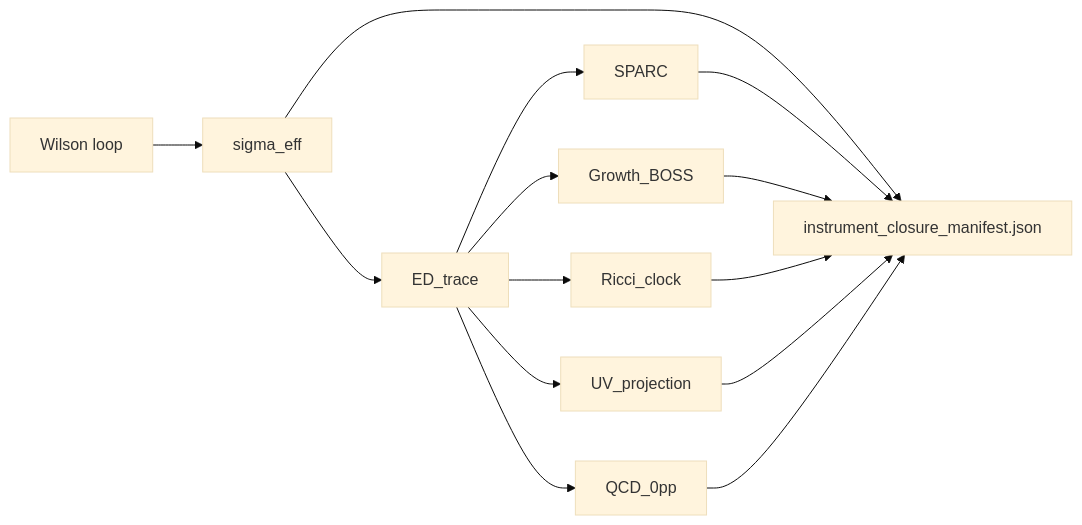
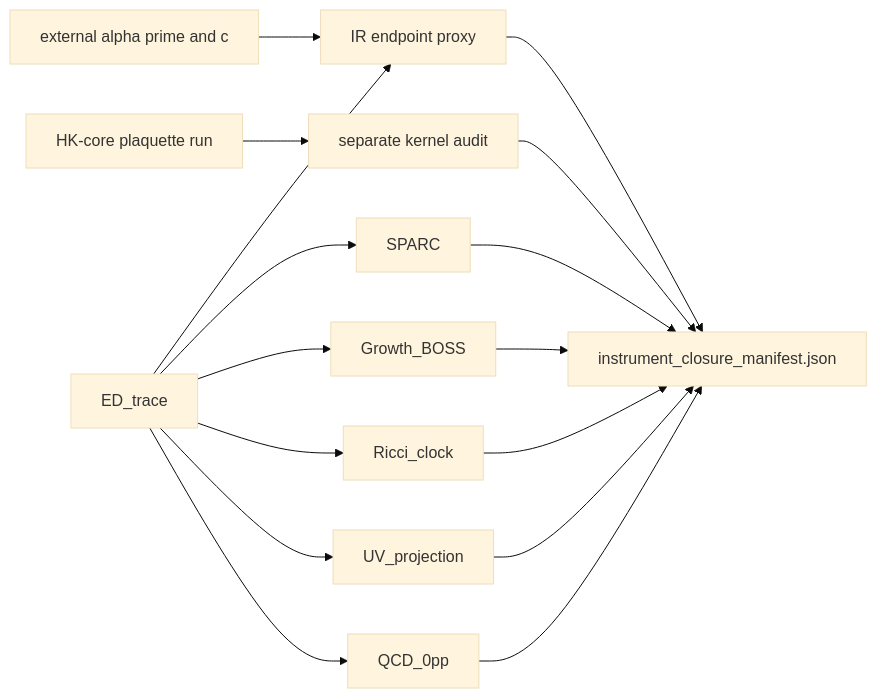
Before and after one commit to RAPIDENN/HOLO_runner: the diagram in instrument_closure/2026-01-04/README.md, drawn with Mermaid (base theme). The commit also changed other lines of this file and 104 other files, not shown here.

````diff
--- a/instrument_closure/2026-01-04/README.md
+++ b/instrument_closure/2026-01-04/README.md
@@ -9,28 +14,30 @@
 ```mermaid
 flowchart LR
-  WL["Wilson loop"] --> SIG["sigma_eff"]
-  SIG --> TR["ED_trace"]
+  TR["ED_trace"] --> SIG["IR endpoint proxy"]
+  EXT["external alpha prime and c"] --> SIG
+  HK["HK-core plaquette run"] --> AUDIT["separate kernel audit"]
 
   TR --> SPARC["SPARC"]
   TR --> GROW["Growth_BOSS"]
   TR --> RICCI["Ricci_clock"]
   TR --> UV["UV_projection"]
   TR --> QCD["QCD_0pp"]
 
   SIG --> MAN["instrument_closure_manifest.json"]
+  AUDIT --> MAN
   SPARC --> MAN
   GROW --> MAN
   RICCI --> MAN
   UV --> MAN
   QCD --> MAN
 
   click SIG "https://github.com/RAPIDENN/HOLO_runner/blob/master/instrument_closure/2026-01-04/wilson_loop_sigma_from_ed_trace.json"
   click SPARC "https://github.com/RAPIDENN/HOLO_runner/blob/master/instrument_closure/2026-01-04/ed_fixed_ic_sparc_eval.json"
   click GROW "https://github.com/RAPIDENN/HOLO_runner/blob/master/instrument_closure/2026-01-04/growth_validation_boss_dr12.json"
   click RICCI "https://github.com/RAPIDENN/HOLO_runner/blob/master/instrument_closure/2026-01-04/ed_bulk_clock.json"
   click UV "https://github.com/RAPIDENN/HOLO_runner/blob/master/instrument_closure/2026-01-04/nist_comparison_uv.json"
   click MAN "https://github.com/RAPIDENN/HOLO_runner/blob/master/instrument_closure/2026-01-04/instrument_closure_manifest.json"
 
   %% External audited channel (frozen artefact from the Einstein–Dilaton geometry pack)
   click QCD "https://github.com/RAPIDENN/HOLO_runner/blob/master/A_single_Einstein_Dilaton%20geometry/artifacts/invariant_flux_spectrum_u.json"
 ```
````
